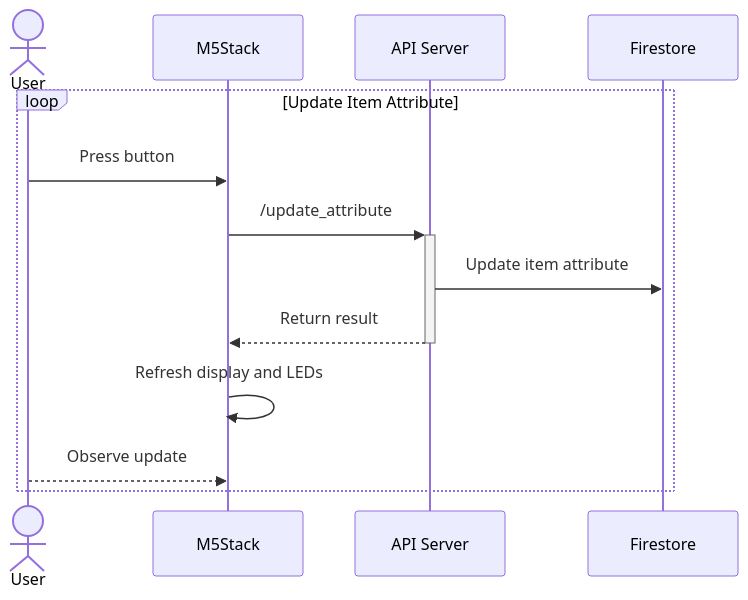
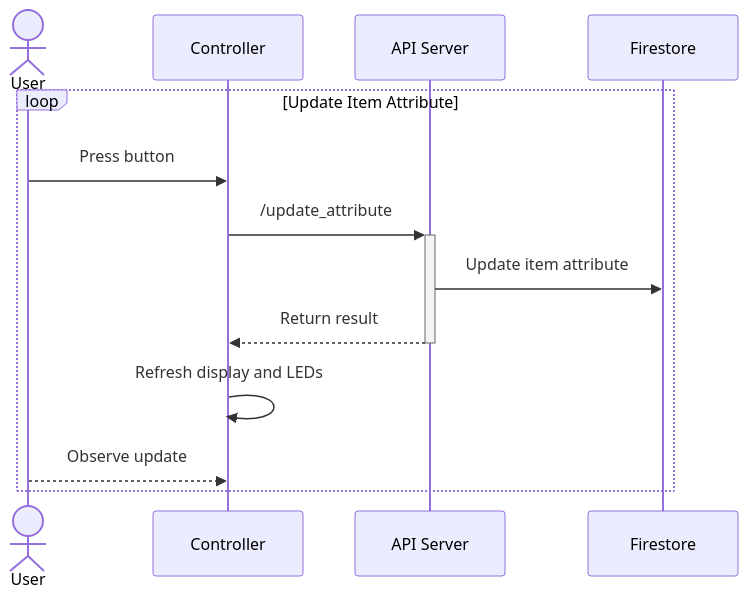
The diagram in examples/uiflow/README.md (kotobuki/Toolkit-for-Collaborative-XR), drawn with Mermaid before and after one commit. The commit also changed other lines of this file and 7 other files, not shown here.

````diff
--- a/examples/uiflow/README.md
+++ b/examples/uiflow/README.md
@@ -13,16 +13,16 @@
 ```mermaid
 sequenceDiagram
     actor User
-    participant M5Stack
+    participant Controller
     participant API as API Server
     participant Firestore
   
 loop Update Item Attribute
-    User->>M5Stack: Press button
-    M5Stack->>+API: /update_attribute
+    User->>Controller: Press button
+    Controller->>+API: /update_attribute
     API->>Firestore: Update item attribute
-    API-->>-M5Stack: Return result
-    M5Stack->>M5Stack: Refresh display and LEDs
-    User-->>M5Stack: Observe update
+    API-->>-Controller: Return result
+    Controller->>Controller: Refresh display and LEDs
+    User-->>Controller: Observe update
 end
 ```
````
